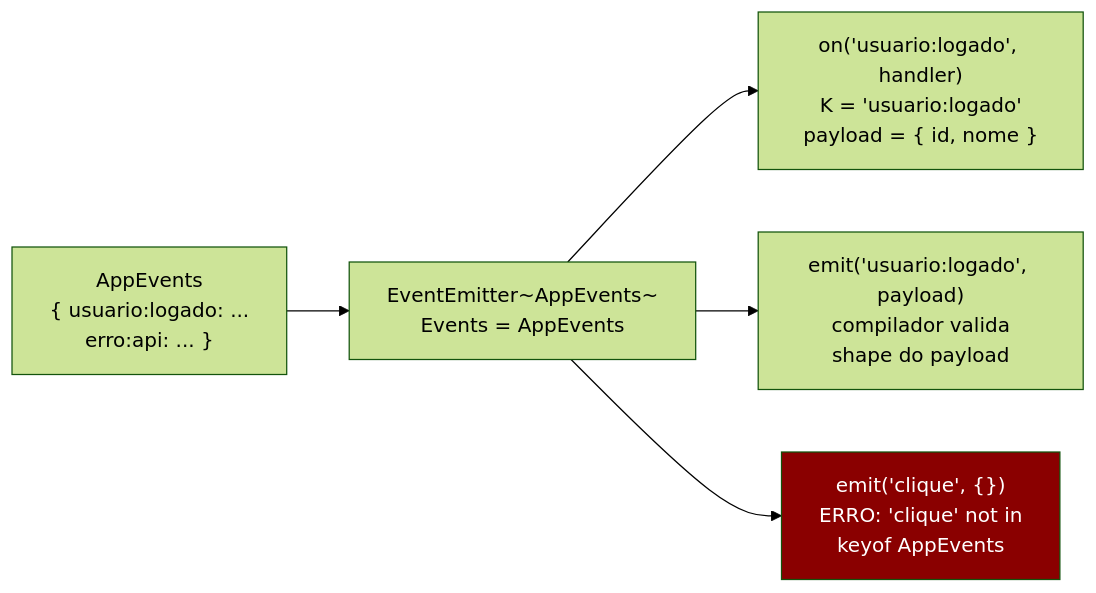
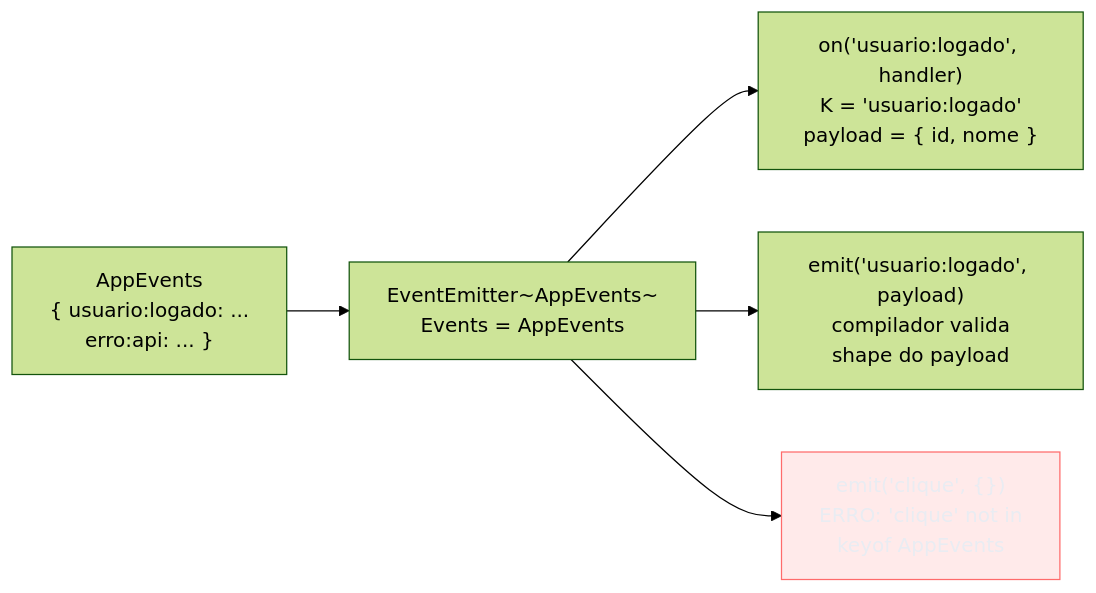
Before and after one commit to josenaldo/codex-technomanticus: the fifth of 5 diagrams in 03-Dominios/Tecnologia/TypeScript/12 - Generics - defaults, classes e interfaces genéricas.md, drawn with Mermaid (forest theme). The commit also changed other lines of this file and 1181 other files, not shown here.

First line of the commit message:
fix(diagramas): paleta do sistema no lugar de cor cravada no markdown

````diff
--- a/03-Dominios/Tecnologia/TypeScript/12 - Generics - defaults, classes e interfaces genéricas.md
+++ b/03-Dominios/Tecnologia/TypeScript/12 - Generics - defaults, classes e interfaces genéricas.md
@@ -551,15 +553,16 @@
 ```mermaid
 flowchart LR
+    classDef falha fill:#FF6B6B24,stroke:#FF6B6B,color:#E9ECF2
     AE["AppEvents\n{ usuario:logado: ...\n  erro:api: ... }"]
     EE["EventEmitter~AppEvents~\nEvents = AppEvents"]
     ON["on('usuario:logado', handler)\nK = 'usuario:logado'\npayload = { id, nome }"]
     EMIT["emit('usuario:logado', payload)\ncompilador valida\nshape do payload"]
     ERR["emit('clique', {})\nERRO: 'clique' not in\nkeyof AppEvents"]
 
     AE --> EE
     EE --> ON
     EE --> EMIT
     EE --> ERR
 
-    style ERR fill:#8a0000,color:#fff
+    class ERR falha
 ```
````
